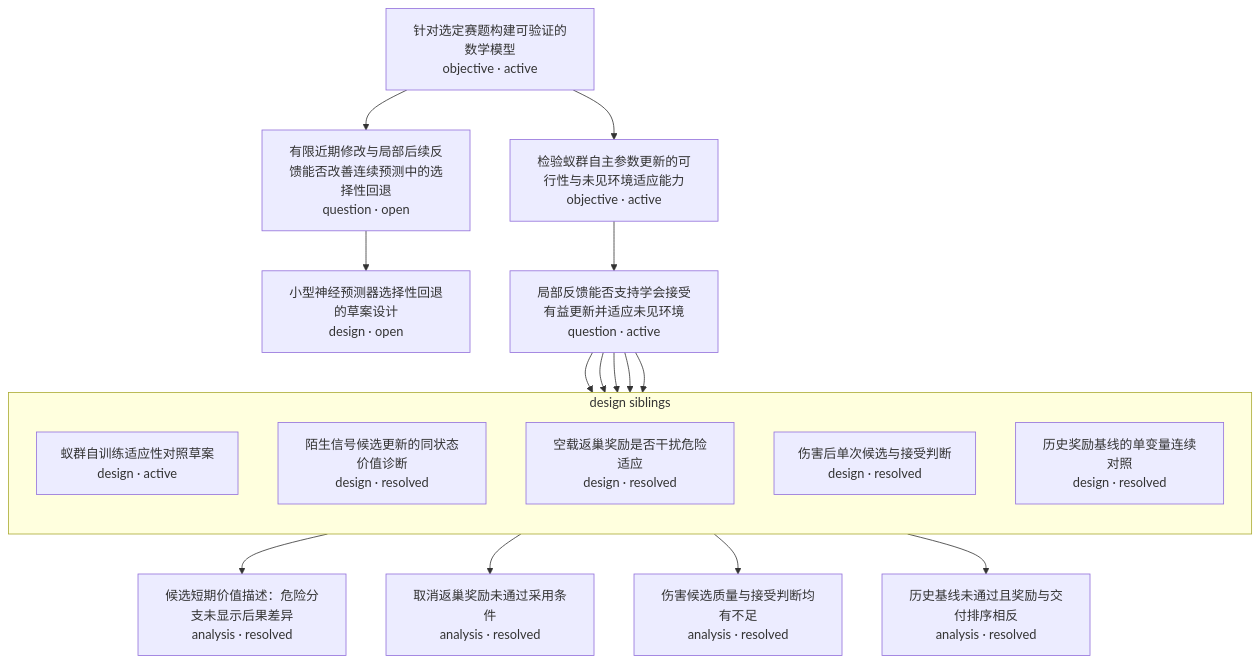
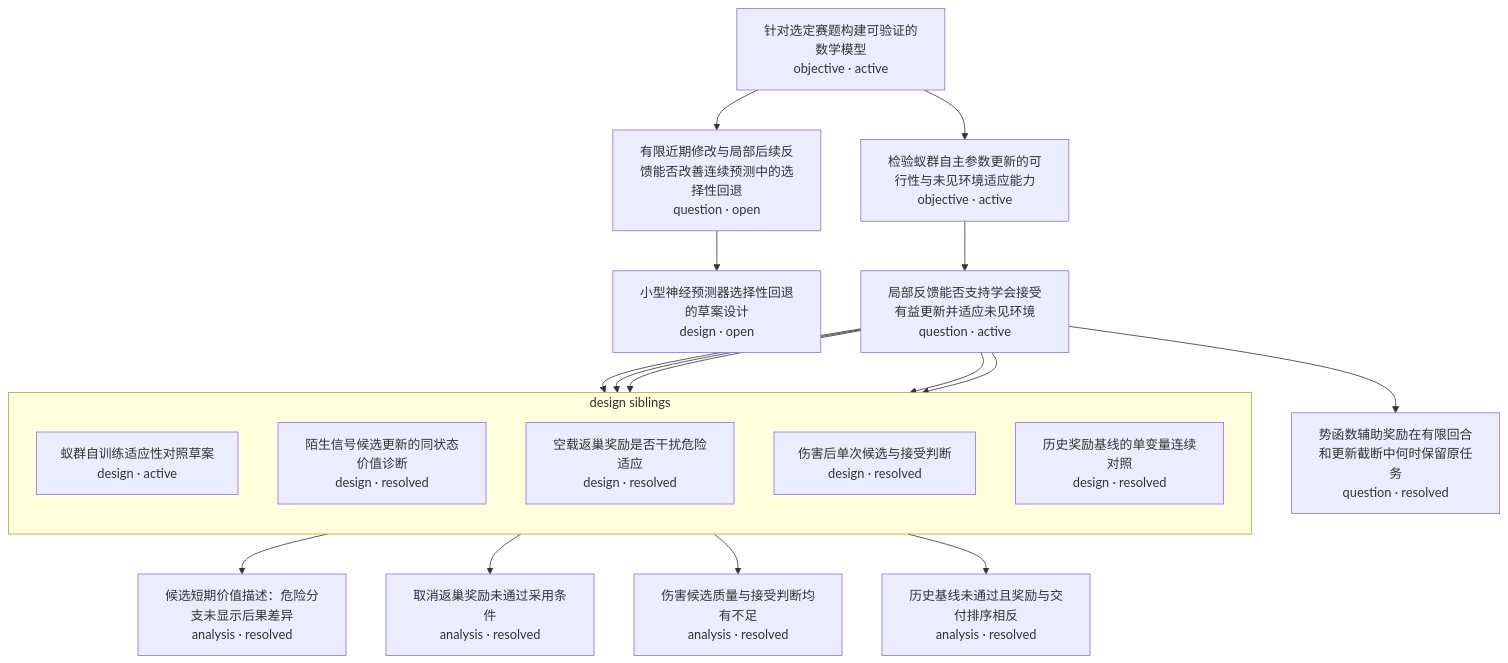
The diagram in research-tree/README.md (Akira-TL/Antomony), drawn with Mermaid before and after one commit. The commit also changed other lines of this file and 6 other files, not shown here.

````diff
--- a/research-tree/README.md
+++ b/research-tree/README.md
@@ -5,33 +5,35 @@
 ```mermaid
 flowchart TD
     N1["针对选定赛题构建可验证的数学模型<br/>objective · active"]
     N2["有限近期修改与局部后续反馈能否改善连续预测中的选择性回退<br/>question · open"]
     N3["小型神经预测器选择性回退的草案设计<br/>design · open"]
     N4["检验蚁群自主参数更新的可行性与未见环境适应能力<br/>objective · active"]
     N5["局部反馈能否支持学会接受有益更新并适应未见环境<br/>question · active"]
     N8["候选短期价值描述：危险分支未显示后果差异<br/>analysis · resolved"]
     N10["取消返巢奖励未通过采用条件<br/>analysis · resolved"]
     N12["伤害候选质量与接受判断均有不足<br/>analysis · resolved"]
     N14["历史基线未通过且奖励与交付排序相反<br/>analysis · resolved"]
+    N15["势函数辅助奖励在有限回合和更新截断中何时保留原任务<br/>question · resolved"]
     subgraph G5_design["design siblings"]
         direction TB
         N6["蚁群自训练适应性对照草案<br/>design · active"]
         N7["陌生信号候选更新的同状态价值诊断<br/>design · resolved"]
         N9["空载返巢奖励是否干扰危险适应<br/>design · resolved"]
         N11["伤害后单次候选与接受判断<br/>design · resolved"]
         N13["历史奖励基线的单变量连续对照<br/>design · resolved"]
     end
     N1 --> N2
     N2 --> N3
     N1 --> N4
     N4 --> N5
     N5 --> N6
     N5 --> N7
     N7 --> N8
     N5 --> N9
     N9 --> N10
     N5 --> N11
     N11 --> N12
     N5 --> N13
     N13 --> N14
+    N5 --> N15
 ```
````
